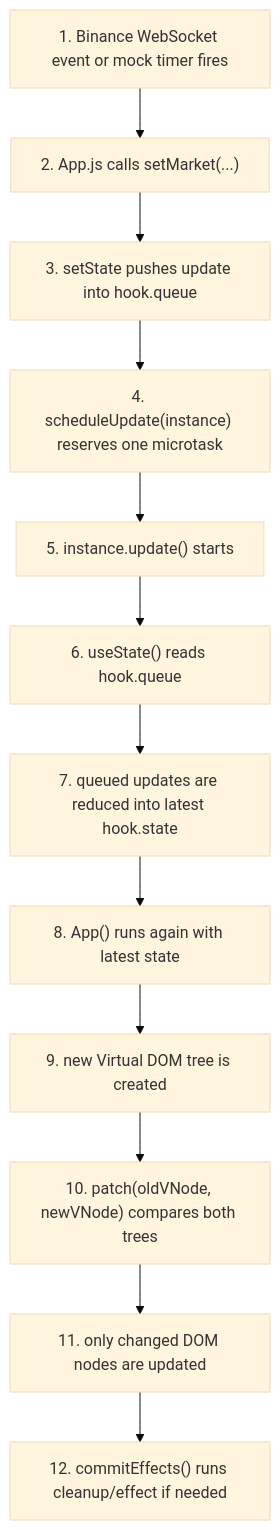
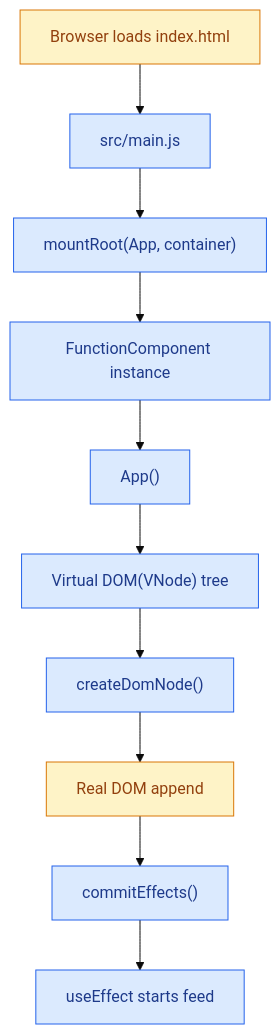
Before and after one commit to Jungle-12-303/week5-team6-react2: the second of 3 diagrams in README.md, drawn with Mermaid (base theme). The commit also changed other lines of this file, not shown here.

Commit message:
docs: reorganize readme around learning flow

````diff
--- a/README.md
+++ b/README.md
@@ -44,14 +71,17 @@
 ```mermaid
 flowchart TD
-    A["1. Binance WebSocket event or mock timer fires"] --> B["2. App.js calls setMarket(...)"]
-    B --> C["3. setState pushes update into hook.queue"]
-    C --> D["4. scheduleUpdate(instance) reserves one microtask"]
-    D --> E["5. instance.update() starts"]
-    E --> F["6. useState() reads hook.queue"]
-    F --> G["7. queued updates are reduced into latest hook.state"]
-    G --> H["8. App() runs again with latest state"]
-    H --> I["9. new Virtual DOM tree is created"]
-    I --> J["10. patch(oldVNode, newVNode) compares both trees"]
-    J --> K["11. only changed DOM nodes are updated"]
-    K --> L["12. commitEffects() runs cleanup/effect if needed"]
+    A["Browser loads index.html"] --> B["src/main.js"]
+    B --> C["mountRoot(App, container)"]
+    C --> D["FunctionComponent instance"]
+    D --> E["App()"]
+    E --> F["Virtual DOM(VNode) tree"]
+    F --> G["createDomNode()"]
+    G --> H["Real DOM append"]
+    H --> I["commitEffects()"]
+    I --> J["useEffect starts feed"]
+
+    classDef external fill:#fef3c7,stroke:#d97706,color:#92400e;
+    classDef custom fill:#dbeafe,stroke:#2563eb,color:#1e3a8a;
+    class A,H external;
+    class B,C,D,E,F,G,I,J custom;
 ```
````
